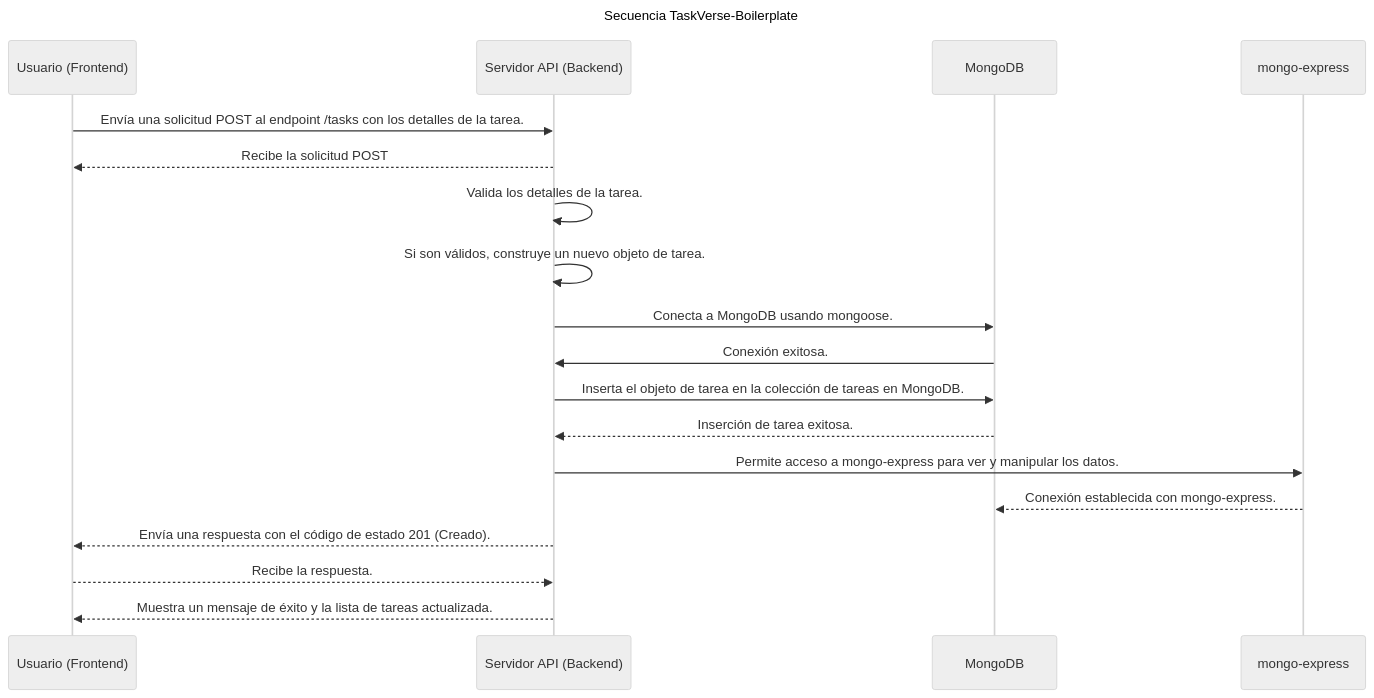
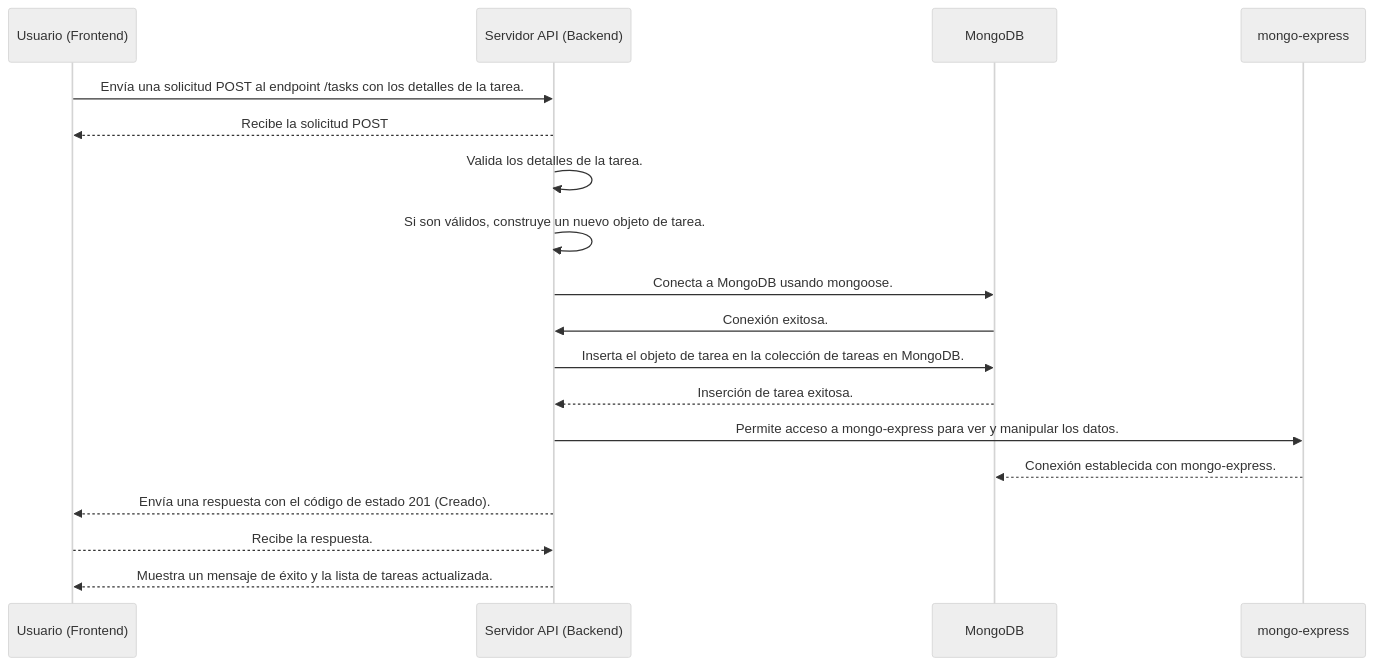
The diagram in README.md (clvsick/TaskVerse-Boilerplate), drawn with Mermaid (neutral theme) before and after one commit. The commit also changed other lines of this file, not shown here.

Commit message:
:wrench: Update

````diff
--- a/README.md
+++ b/README.md
@@ -15,27 +14,25 @@
 ```mermaid
 sequenceDiagram
-    title: Secuencia TaskVerse-Boilerplate
-
     participant Usuario as Usuario (Frontend)
     participant API as Servidor API (Backend)
     participant MongoDB as MongoDB
     participant MongoExpress as mongo-express
 
     Usuario ->> API: Envía una solicitud POST al endpoint /tasks con los detalles de la tarea.
     API -->> Usuario: Recibe la solicitud POST
 
     API ->> API: Valida los detalles de la tarea.
     API ->> API: Si son válidos, construye un nuevo objeto de tarea.
     API ->> MongoDB: Conecta a MongoDB usando mongoose.
     MongoDB ->> API: Conexión exitosa.
     API ->> MongoDB: Inserta el objeto de tarea en la colección de tareas en MongoDB.
     MongoDB -->> API: Inserción de tarea exitosa.
 
     API ->> MongoExpress: Permite acceso a mongo-express para ver y manipular los datos.
     MongoExpress -->> MongoDB: Conexión establecida con mongo-express.
 
     API -->> Usuario: Envía una respuesta con el código de estado 201 (Creado).
 
     Usuario -->> API: Recibe la respuesta.
     API -->> Usuario: Muestra un mensaje de éxito y la lista de tareas actualizada.
 ```
````
